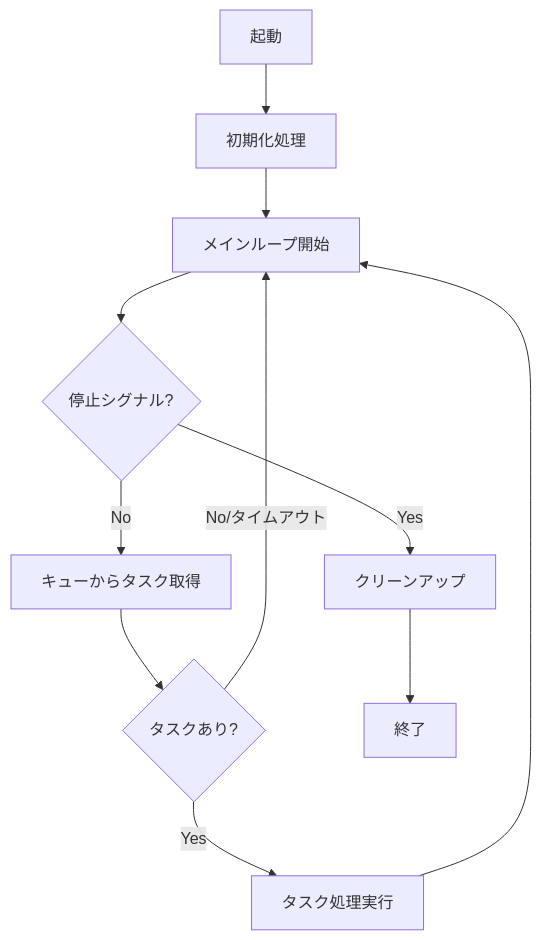
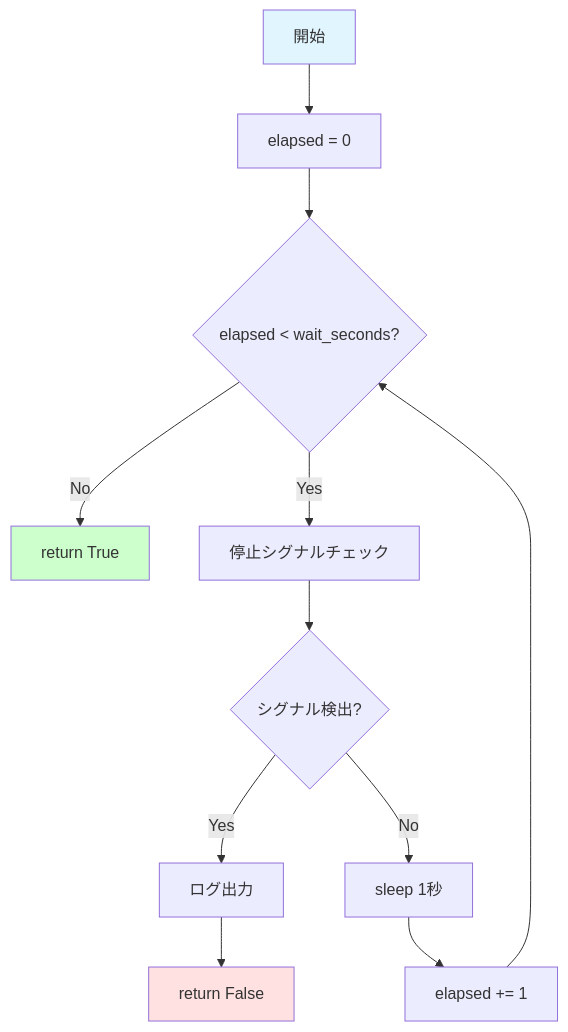
Before and after one commit to notfolder/coding_agent: the fourth of 6 diagrams in docs/spec/CONTINUOUS_MODE_SPECIFICATION.md, drawn with Mermaid. The commit also changed other lines of this file and 19 other files, not shown here.

````diff
--- a/docs/spec/CONTINUOUS_MODE_SPECIFICATION.md
+++ b/docs/spec/CONTINUOUS_MODE_SPECIFICATION.md
@@ -113,13 +398,19 @@
 ```mermaid
 flowchart TD
-    A[起動] --> B[初期化処理]
-    B --> C[メインループ開始]
-    C --> D{停止シグナル?}
-    D -->|Yes| E[クリーンアップ]
-    D -->|No| F[キューからタスク取得]
-    F --> G{タスクあり?}
-    G -->|Yes| H[タスク処理実行]
-    G -->|No/タイムアウト| C
-    H --> C
-    E --> I[終了]
+    A[開始] --> B[elapsed = 0]
+    B --> C{elapsed < wait_seconds?}
+    C -->|No| D[return True]
+    
+    C -->|Yes| E[停止シグナルチェック]
+    E --> F{シグナル検出?}
+    F -->|Yes| G[ログ出力]
+    G --> H[return False]
+    
+    F -->|No| I[sleep 1秒]
+    I --> J[elapsed += 1]
+    J --> C
+    
+    style A fill:#e1f5ff
+    style D fill:#ccffcc
+    style H fill:#ffe1e1
 ```
````
